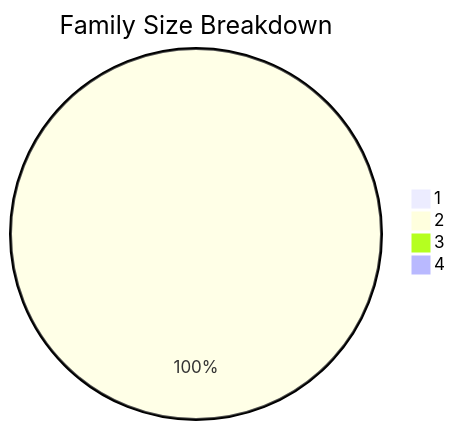
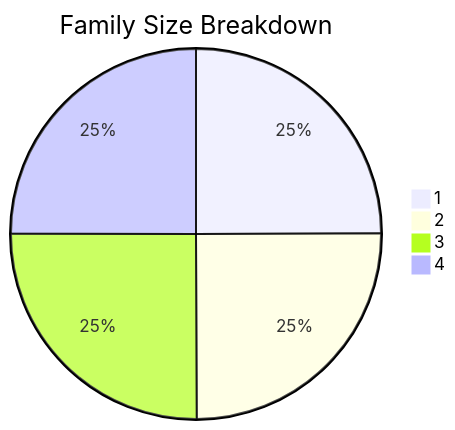
The sixth of 10 diagrams in test-tools/DataGen/src/Statistics_Visualizer.md (dhagan-va/intern-2025), drawn with Mermaid before and after one commit. The commit also changed other lines of this file, not shown here.

````diff
--- a/test-tools/DataGen/src/Statistics_Visualizer.md
+++ b/test-tools/DataGen/src/Statistics_Visualizer.md
@@ -67,7 +67,7 @@
 ```mermaid
 pie title Family Size Breakdown
-    "1" : 0
-    "2" : 1
-    "3" : 0
-    "4" : 0
+    "1" : 9969
+    "2" : 10000
+    "3" : 10041
+    "4" : 9977
 ```
````
